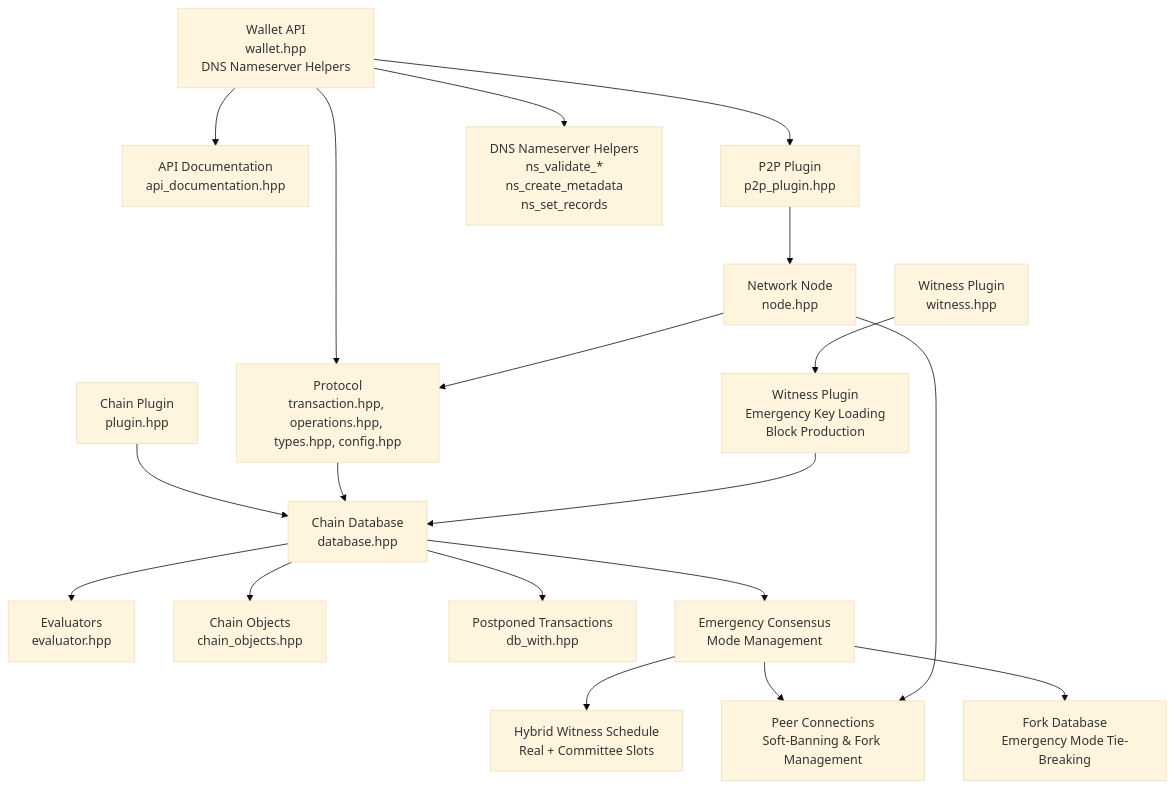
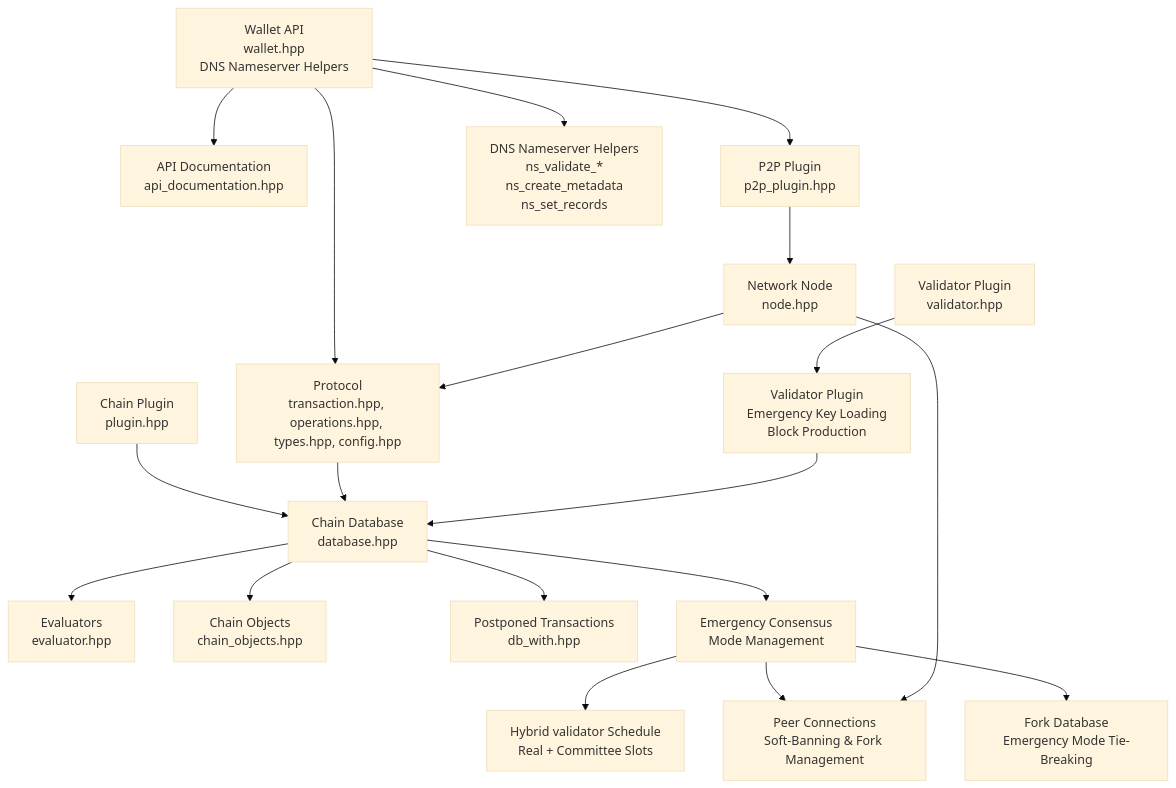
Before and after one commit to VIZ-Blockchain/viz-cpp-node: the second of 15 diagrams in .qoder/repowiki/en/content/Core Libraries/Core Libraries.md, drawn with Mermaid (base theme). The commit also changed other lines of this file and 88 other files, not shown here.

First line of the commit message:
docs(validator): rename witness to validator throughout documentation

````diff
--- a/.qoder/repowiki/en/content/Core Libraries/Core Libraries.md
+++ b/.qoder/repowiki/en/content/Core Libraries/Core Libraries.md
@@ -180,38 +180,38 @@
 ```mermaid
 graph TB
 WALLET["Wallet API<br/>wallet.hpp<br/>DNS Nameserver Helpers"]
 API_DOC["API Documentation<br/>api_documentation.hpp"]
 PROTO["Protocol<br/>transaction.hpp, operations.hpp, types.hpp, config.hpp"]
 CHAIN["Chain Database<br/>database.hpp"]
 EVAL["Evaluators<br/>evaluator.hpp"]
 CHAIN_OBJ["Chain Objects<br/>chain_objects.hpp"]
 DB_WITH["Postponed Transactions<br/>db_with.hpp"]
 EMERGENCY_MODE["Emergency Consensus<br/>Mode Management"]
-HYBRID_SCHED["Hybrid Witness Schedule<br/>Real + Committee Slots"]
+HYBRID_SCHED["Hybrid validator Schedule<br/>Real + Committee Slots"]
 PEER_CONN["Peer Connections<br/>Soft-Banning & Fork Management"]
 NET["Network Node<br/>node.hpp"]
 PL_CHAIN["Chain Plugin<br/>plugin.hpp"]
 PL_P2P["P2P Plugin<br/>p2p_plugin.hpp"]
-PL_WITNESS["Witness Plugin<br/>witness.hpp"]
+PL_WITNESS["Validator Plugin<br/>validator.hpp"]
 DNS_HELPERS["DNS Nameserver Helpers<br/>ns_validate_*<br/>ns_create_metadata<br/>ns_set_records"]
-WITNESS_PLUGIN["Witness Plugin<br/>Emergency Key Loading<br/>Block Production"]
+WITNESS_PLUGIN["Validator Plugin<br/>Emergency Key Loading<br/>Block Production"]
 FORK_DB["Fork Database<br/>Emergency Mode Tie-Breaking"]
 WALLET --> API_DOC
 WALLET --> PROTO
 WALLET --> DNS_HELPERS
 WALLET --> PL_P2P
 PL_P2P --> NET
 PL_CHAIN --> CHAIN
 PL_WITNESS --> WITNESS_PLUGIN
 CHAIN --> EVAL
 CHAIN --> CHAIN_OBJ
 CHAIN --> DB_WITH
 CHAIN --> EMERGENCY_MODE
 EMERGENCY_MODE --> HYBRID_SCHED
 EMERGENCY_MODE --> PEER_CONN
 EMERGENCY_MODE --> FORK_DB
 NET --> PROTO
 NET --> PEER_CONN
 PROTO --> CHAIN
 WITNESS_PLUGIN --> CHAIN
 ```
````
